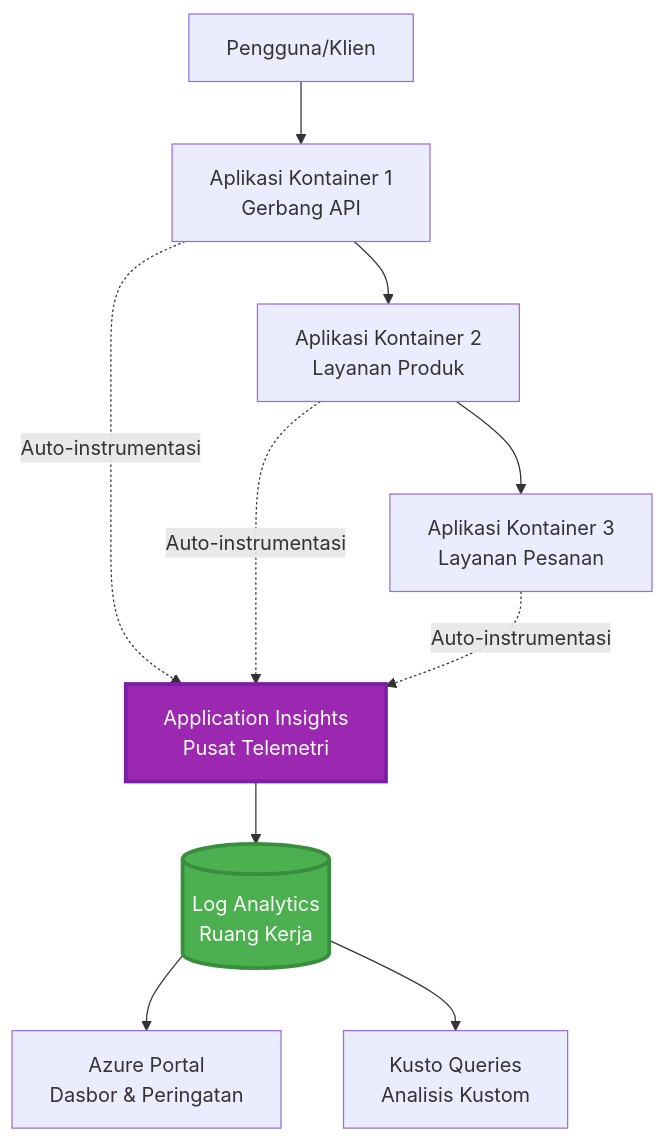
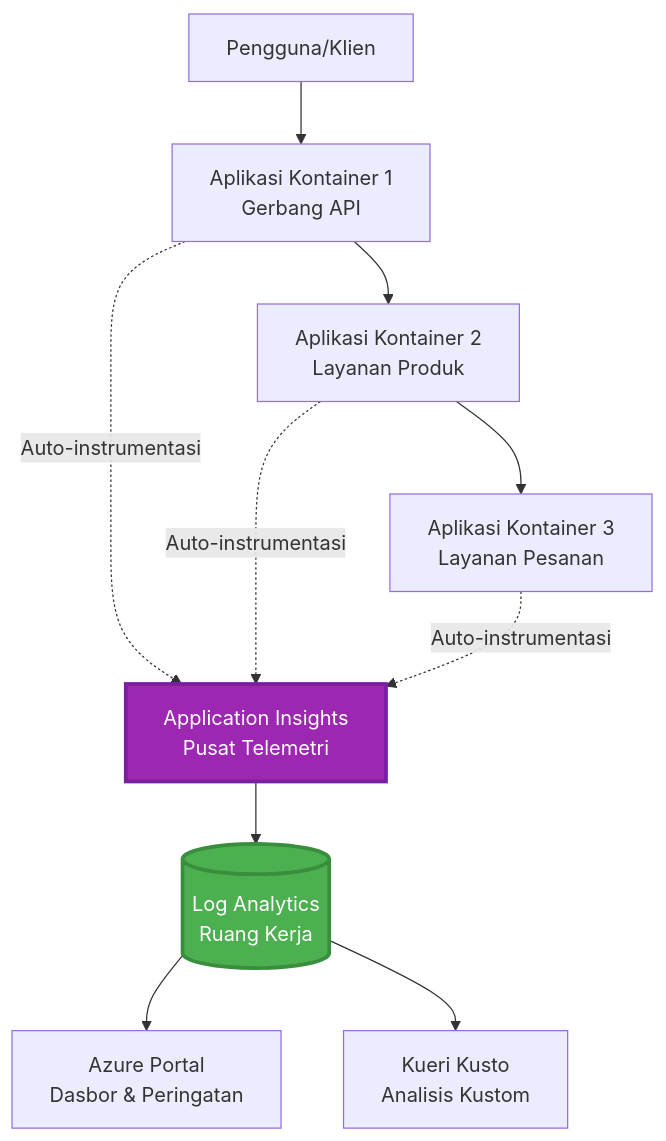
Before and after one commit to microsoft/AZD-for-beginners: the first of 2 diagrams in translations/id/docs/chapter-06-pre-deployment/application-insights.md, drawn with Mermaid. The commit also changed other lines of this file and 101 other files, not shown here.

````diff
--- a/translations/id/docs/chapter-06-pre-deployment/application-insights.md
+++ b/translations/id/docs/chapter-06-pre-deployment/application-insights.md
@@ -58,28 +58,28 @@
 ```mermaid
 graph TB
     User[Pengguna/Klien]
     App1[Aplikasi Kontainer 1<br/>Gerbang API]
     App2[Aplikasi Kontainer 2<br/>Layanan Produk]
     App3[Aplikasi Kontainer 3<br/>Layanan Pesanan]
     
     AppInsights[Application Insights<br/>Pusat Telemetri]
     LogAnalytics[(Log Analytics<br/>Ruang Kerja)]
     
     Portal[Azure Portal<br/>Dasbor & Peringatan]
-    Query[Kusto Queries<br/>Analisis Kustom]
+    Query[Kueri Kusto<br/>Analisis Kustom]
     
     User --> App1
     App1 --> App2
     App2 --> App3
     
     App1 -.->|Auto-instrumentasi| AppInsights
     App2 -.->|Auto-instrumentasi| AppInsights
     App3 -.->|Auto-instrumentasi| AppInsights
     
     AppInsights --> LogAnalytics
     LogAnalytics --> Portal
     LogAnalytics --> Query
     
     style AppInsights fill:#9C27B0,stroke:#7B1FA2,stroke-width:3px,color:#fff
     style LogAnalytics fill:#4CAF50,stroke:#388E3C,stroke-width:3px,color:#fff
 ```
````
